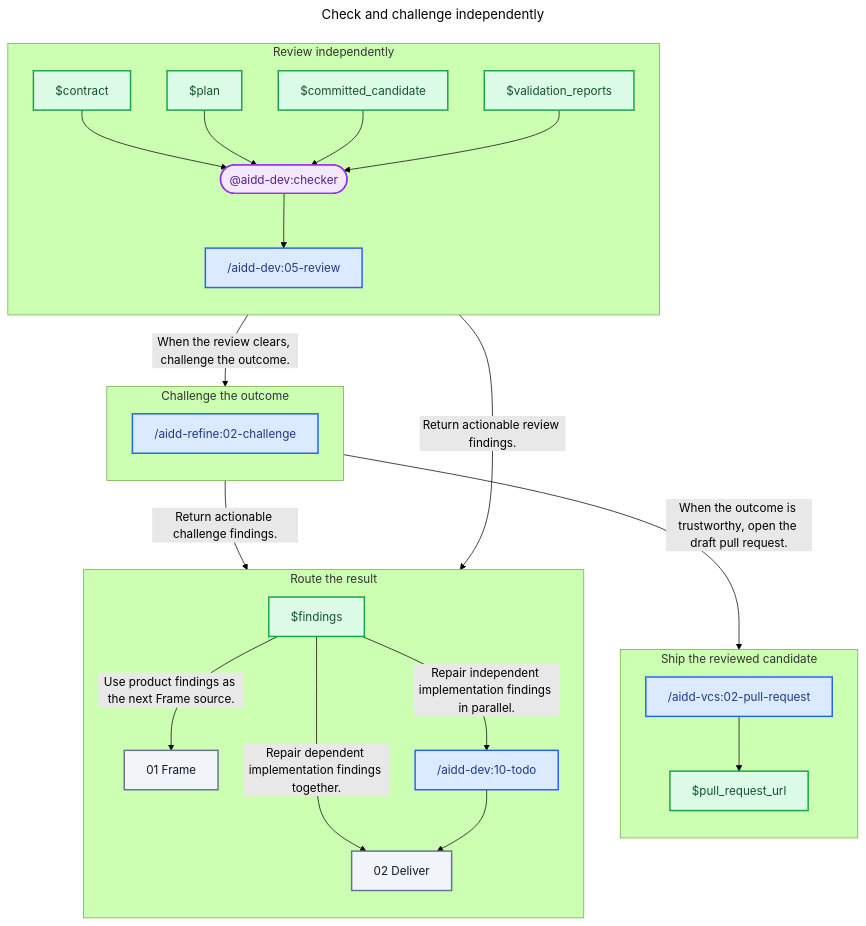
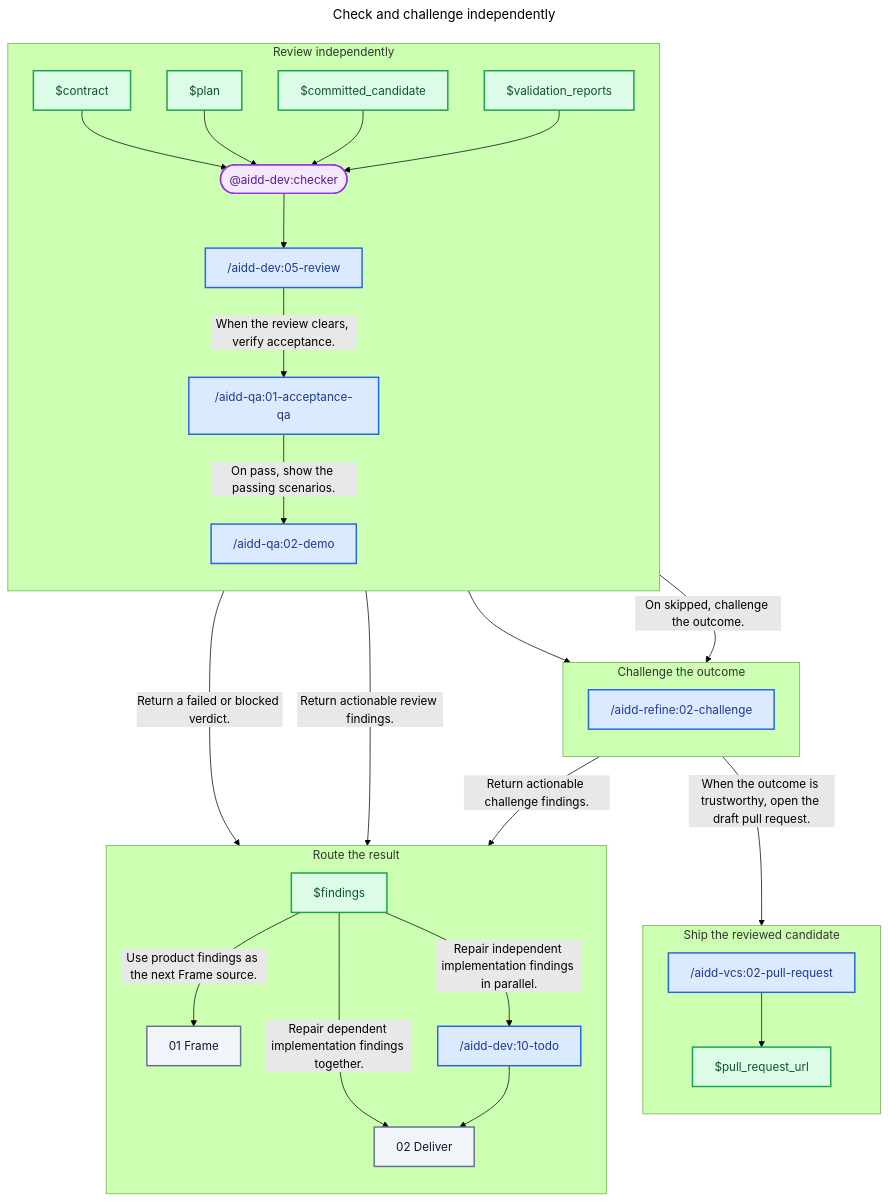
Before and after one commit to ai-driven-dev/framework: the diagram in plugins/aidd-orchestrator/skills/01-sdlc/references/03-check.md, drawn with Mermaid (forest theme). The commit also changed other lines of this file and 8 other files, not shown here.

First line of the commit message:
feat(aidd-orchestrator): run acceptance QA and its demo before the draft PR

````diff
--- a/plugins/aidd-orchestrator/skills/01-sdlc/references/03-check.md
+++ b/plugins/aidd-orchestrator/skills/01-sdlc/references/03-check.md
@@ -22,59 +29,65 @@
 ```mermaid
 ---
 title: Check and challenge independently
 ---
 flowchart TD
   subgraph ReviewStage["Review independently"]
     direction TB
     Contract["$contract"]
     Plan["$plan"]
     CommittedCandidate["$committed_candidate"]
     ValidationReports["$validation_reports"]
     Checker(["@aidd-dev:checker"])
     Review["/aidd-dev:05-review"]
+    QA["/aidd-qa:01-acceptance-qa"]
+    Demo["/aidd-qa:02-demo"]
   end
 
   subgraph ChallengeStage["Challenge the outcome"]
     direction TB
     Challenge["/aidd-refine:02-challenge"]
   end
 
   subgraph RouteStage["Route the result"]
     direction TB
     Findings["$findings"]
     Frame["01 Frame"]
     Todo["/aidd-dev:10-todo"]
     Deliver["02 Deliver"]
   end
 
   subgraph ShipStage["Ship the reviewed candidate"]
     direction TB
     PullRequest["/aidd-vcs:02-pull-request"]
     PullRequestUrl["$pull_request_url"]
   end
 
   Contract --> Checker
   Plan --> Checker
   CommittedCandidate --> Checker
   ValidationReports --> Checker
   Checker --> Review
   Review -- "Return actionable review findings." --> Findings
-  Review -- "When the review clears, challenge the outcome." --> Challenge
+  Review -- "When the review clears, verify acceptance." --> QA
+  QA -- "Return a failed or blocked verdict." --> Findings
+  QA -- "On pass, show the passing scenarios." --> Demo
+  QA -- "On skipped, challenge the outcome." --> Challenge
+  Demo --> Challenge
   Challenge -- "Return actionable challenge findings." --> Findings
   Challenge -- "When the outcome is trustworthy, open the draft pull request." --> PullRequest
   Findings -- "Use product findings as the next Frame source." --> Frame
   Findings -- "Repair independent implementation findings in parallel." --> Todo
   Findings -- "Repair dependent implementation findings together." --> Deliver
   Todo --> Deliver
   PullRequest --> PullRequestUrl
 
   classDef skill fill:#DBEAFE,stroke:#2563EB,color:#1E3A8A,stroke-width:2px
   classDef agent fill:#F3E8FF,stroke:#9333EA,color:#581C87,stroke-width:2px
   classDef artifact fill:#DCFCE7,stroke:#16A34A,color:#14532D,stroke-width:2px
   classDef zone fill:#F1F5F9,stroke:#64748B,color:#0F172A,stroke-width:2px
 
-  class Review,Challenge,Todo,PullRequest skill
+  class Review,QA,Demo,Challenge,Todo,PullRequest skill
   class Checker agent
   class Contract,Plan,CommittedCandidate,ValidationReports,Findings,PullRequestUrl artifact
   class Frame,Deliver zone
 ```
````
